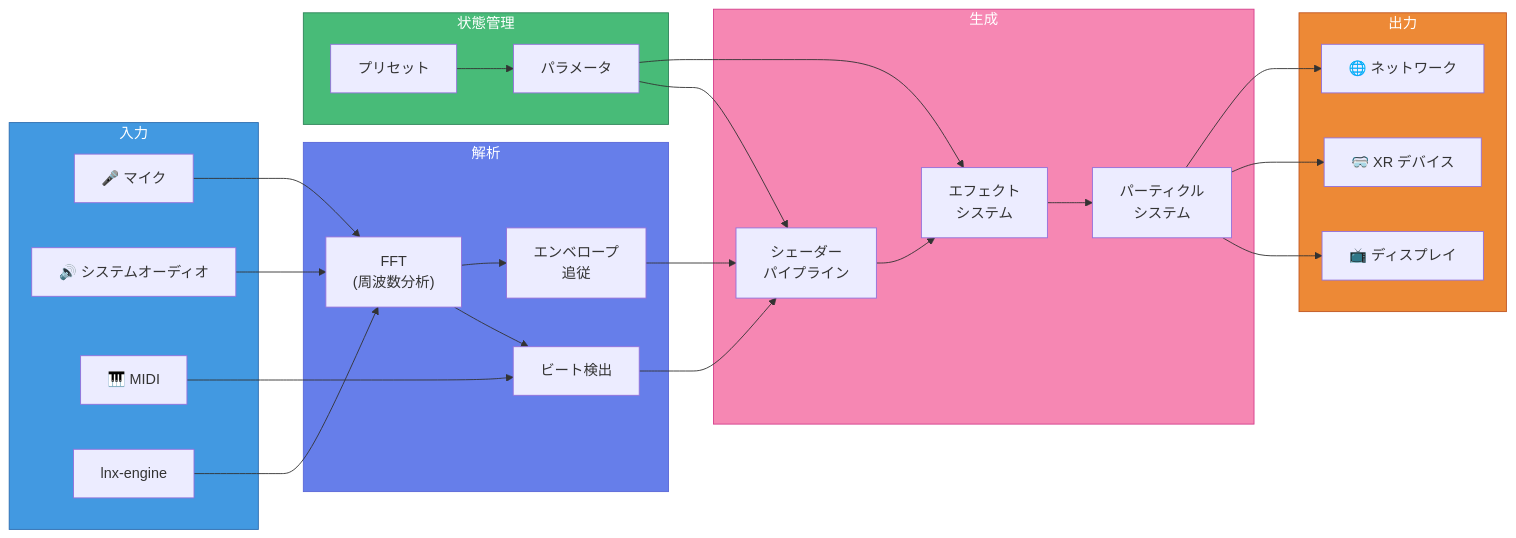
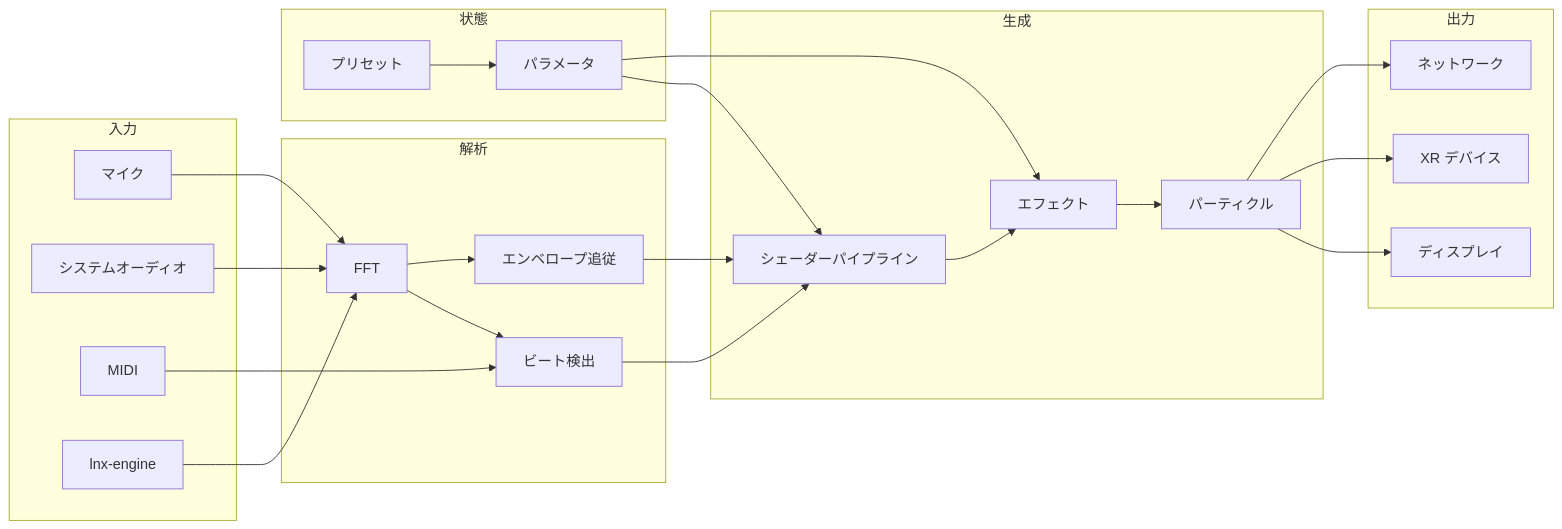
Before and after one commit to chronista-club/lnx: the diagram in docs/spec/02-creare.md, drawn with Mermaid. The commit also changed other lines of this file and 1 other file, not shown here.

````diff
--- a/docs/spec/02-creare.md
+++ b/docs/spec/02-creare.md
@@ -247,60 +80,43 @@
 ```mermaid
 flowchart LR
     subgraph Input["入力"]
-        Mic["🎤 マイク"]
-        System["🔊 システムオーディオ"]
-        MIDI["🎹 MIDI"]
+        Mic["マイク"]
+        Sys["システムオーディオ"]
+        MIDI["MIDI"]
         Engine["lnx-engine"]
     end
-
     subgraph Analysis["解析"]
-        FFT["FFT<br/>(周波数分析)"]
+        FFT["FFT"]
         Beat["ビート検出"]
-        Envelope["エンベロープ<br/>追従"]
+        Env["エンベロープ追従"]
     end
-
-    subgraph State["状態管理"]
+    subgraph State["状態"]
+        Presets["プリセット"]
         Params["パラメータ"]
-        Presets["プリセット"]
     end
-
-    subgraph Generation["生成"]
-        Shader["シェーダー<br/>パイプライン"]
-        Effects["エフェクト<br/>システム"]
-        Particles["パーティクル<br/>システム"]
+    subgraph Gen["生成"]
+        Shader["シェーダーパイプライン"]
+        FX["エフェクト"]
+        Particles["パーティクル"]
     end
-
     subgraph Output["出力"]
-        Display["📺 ディスプレイ"]
-        XR["🥽 XR デバイス"]
-        Network["🌐 ネットワーク"]
+        Display["ディスプレイ"]
+        XR["XR デバイス"]
+        Net["ネットワーク"]
     end
-
     Mic --> FFT
-    System --> FFT
+    Sys --> FFT
+    Engine --> FFT
     MIDI --> Beat
-    Engine --> FFT
-
     FFT --> Beat
-    FFT --> Envelope
-
+    FFT --> Env
     Beat --> Shader
-    Envelope --> Shader
-
+    Env --> Shader
+    Presets --> Params
     Params --> Shader
-    Params --> Effects
-    Presets --> Params
-
-    Shader --> Effects
-    Effects --> Particles
-
+    Params --> FX
+    Shader --> FX --> Particles
     Particles --> Display
     Particles --> XR
-    Particles --> Network
-
-    style Input fill:#4299e1,stroke:#2b6cb0,color:#fff
-    style Analysis fill:#667eea,stroke:#5a67d8,color:#fff
-    style State fill:#48bb78,stroke:#2f855a,color:#fff
-    style Generation fill:#f687b3,stroke:#d53f8c,color:#fff
-    style Output fill:#ed8936,stroke:#c05621,color:#fff
+    Particles --> Net
 ```
````
